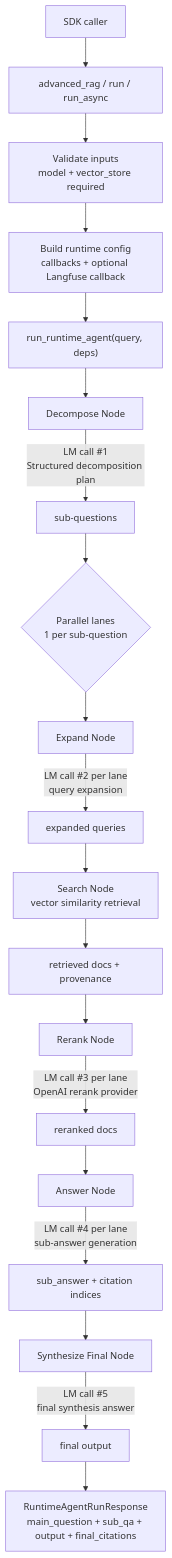
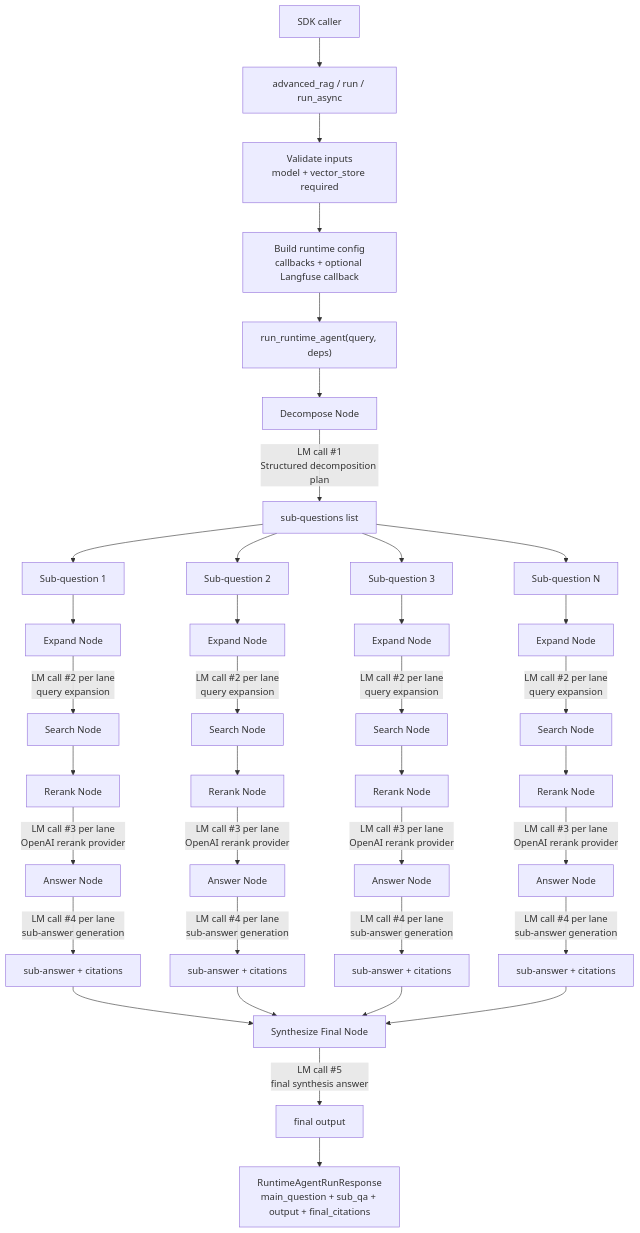
The diagram in README.md (Nickbohm555/agent-search), drawn with Mermaid before and after one commit.

Commit message:
Update README mermaid to show sub-question fan-out flow

````diff
--- a/README.md
+++ b/README.md
@@ -11,22 +11,47 @@
 ```mermaid
 flowchart TD
     A["SDK caller"] --> B["advanced_rag / run / run_async"]
     B --> C["Validate inputs<br/>model + vector_store required"]
     C --> D["Build runtime config<br/>callbacks + optional Langfuse callback"]
     D --> E["run_runtime_agent(query, deps)"]
     E --> F["Decompose Node"]
-    F -->|LM call #1<br/>Structured decomposition plan| G["sub-questions"]
+    F -->|LM call #1<br/>Structured decomposition plan| G["sub-questions list"]
 
-    G --> H{"Parallel lanes<br/>1 per sub-question"}
-    H --> I["Expand Node"]
-    I -->|LM call #2 per lane<br/>query expansion| J["expanded queries"]
-    J --> K["Search Node<br/>vector similarity retrieval"]
-    K --> L["retrieved docs + provenance"]
-    L --> M["Rerank Node"]
-    M -->|LM call #3 per lane<br/>OpenAI rerank provider| N["reranked docs"]
-    N --> P["Answer Node"]
-    P -->|LM call #4 per lane<br/>sub-answer generation| Q["sub_answer + citation indices"]
-    Q --> R["Synthesize Final Node"]
+    G --> SQ1["Sub-question 1"]
+    G --> SQ2["Sub-question 2"]
+    G --> SQ3["Sub-question 3"]
+    G --> SQN["Sub-question N"]
+
+    SQ1 --> EX1["Expand Node"]
+    SQ2 --> EX2["Expand Node"]
+    SQ3 --> EX3["Expand Node"]
+    SQN --> EXN["Expand Node"]
+
+    EX1 -->|LM call #2 per lane<br/>query expansion| SR1["Search Node"]
+    EX2 -->|LM call #2 per lane<br/>query expansion| SR2["Search Node"]
+    EX3 -->|LM call #2 per lane<br/>query expansion| SR3["Search Node"]
+    EXN -->|LM call #2 per lane<br/>query expansion| SRN["Search Node"]
+
+    SR1 --> RR1["Rerank Node"]
+    SR2 --> RR2["Rerank Node"]
+    SR3 --> RR3["Rerank Node"]
+    SRN --> RRN["Rerank Node"]
+
+    RR1 -->|LM call #3 per lane<br/>OpenAI rerank provider| AN1["Answer Node"]
+    RR2 -->|LM call #3 per lane<br/>OpenAI rerank provider| AN2["Answer Node"]
+    RR3 -->|LM call #3 per lane<br/>OpenAI rerank provider| AN3["Answer Node"]
+    RRN -->|LM call #3 per lane<br/>OpenAI rerank provider| ANN["Answer Node"]
+
+    AN1 -->|LM call #4 per lane<br/>sub-answer generation| SA1["sub-answer + citations"]
+    AN2 -->|LM call #4 per lane<br/>sub-answer generation| SA2["sub-answer + citations"]
+    AN3 -->|LM call #4 per lane<br/>sub-answer generation| SA3["sub-answer + citations"]
+    ANN -->|LM call #4 per lane<br/>sub-answer generation| SAN["sub-answer + citations"]
+
+    SA1 --> R["Synthesize Final Node"]
+    SA2 --> R
+    SA3 --> R
+    SAN --> R
+
     R -->|LM call #5<br/>final synthesis answer| S["final output"]
     S --> T["RuntimeAgentRunResponse<br/>main_question + sub_qa + output + final_citations"]
 ```
````
